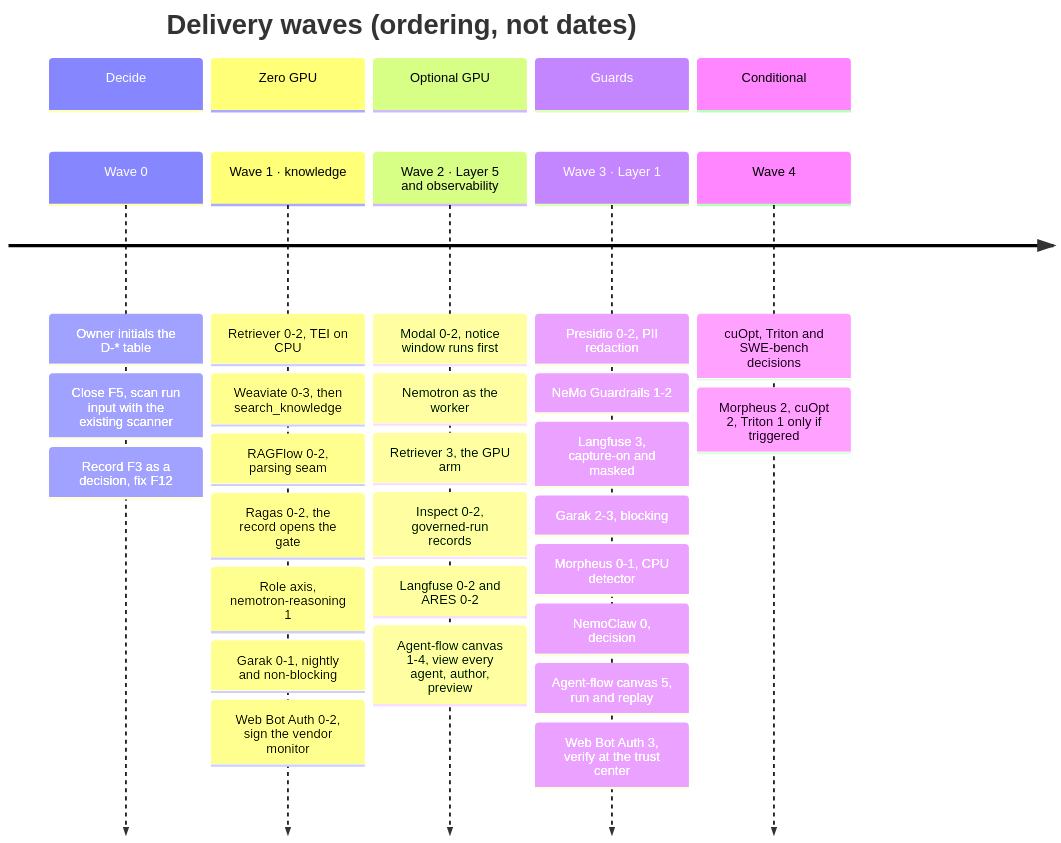
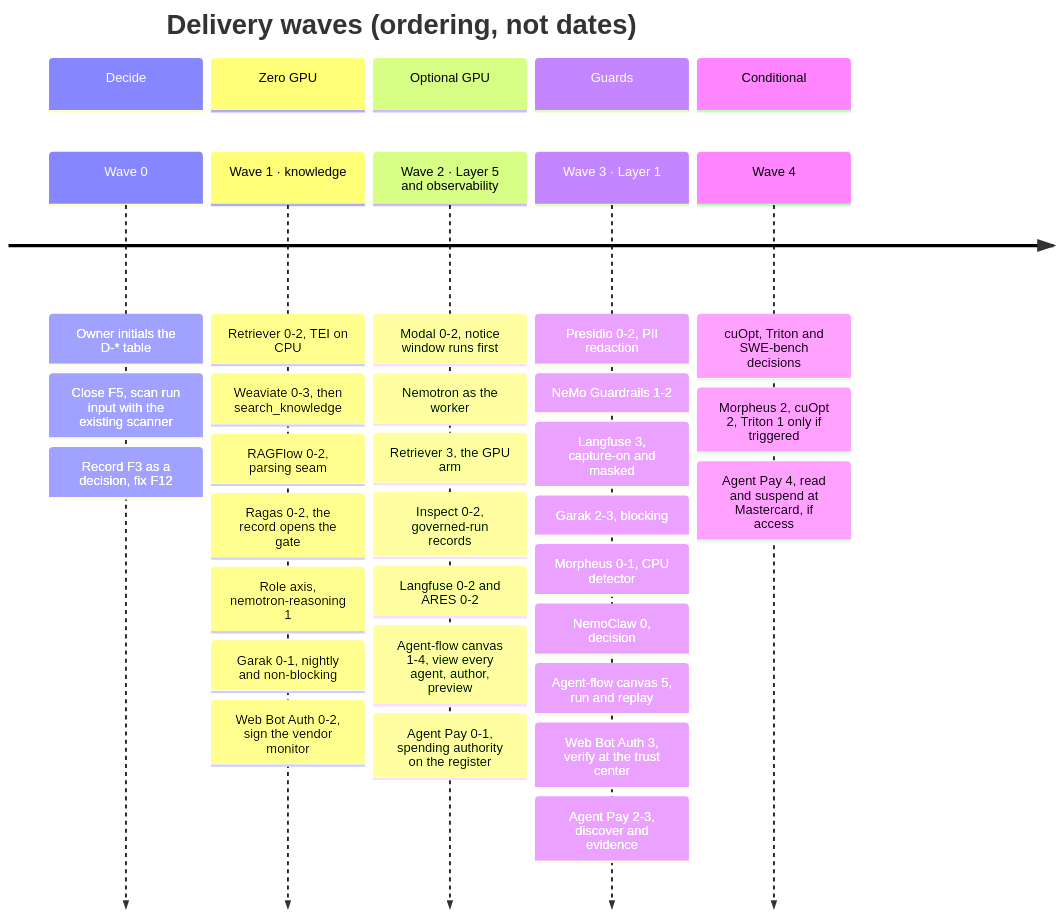
One commit to RodnaPamet/inflect-compliance changed the third of 5 diagrams in docs/ai-architecture-roadmap.md. Above: the diagram before and after it, drawn with Mermaid. The commit also changed other lines of this file and 4 other files, not shown here.

````diff
--- a/docs/ai-architecture-roadmap.md
+++ b/docs/ai-architecture-roadmap.md
@@ -439,35 +449,38 @@
 ```mermaid
 timeline
   title Delivery waves (ordering, not dates)
   section Decide
     Wave 0 : Owner initials the D-* table
            : Close F5, scan run input with the existing scanner
            : Record F3 as a decision, fix F12
   section Zero GPU
     Wave 1 · knowledge : Retriever 0-2, TEI on CPU
                        : Weaviate 0-3, then search_knowledge
                        : RAGFlow 0-2, parsing seam
                        : Ragas 0-2, the record opens the gate
                        : Role axis, nemotron-reasoning 1
                        : Garak 0-1, nightly and non-blocking
                        : Web Bot Auth 0-2, sign the vendor monitor
   section Optional GPU
     Wave 2 · Layer 5 and observability : Modal 0-2, notice window runs first
                                        : Nemotron as the worker
                                        : Retriever 3, the GPU arm
                                        : Inspect 0-2, governed-run records
                                        : Langfuse 0-2 and ARES 0-2
                                        : Agent-flow canvas 1-4, view every agent, author, preview
+                                       : Agent Pay 0-1, spending authority on the register
   section Guards
     Wave 3 · Layer 1 : Presidio 0-2, PII redaction
                      : NeMo Guardrails 1-2
                      : Langfuse 3, capture-on and masked
                      : Garak 2-3, blocking
                      : Morpheus 0-1, CPU detector
                      : NemoClaw 0, decision
                      : Agent-flow canvas 5, run and replay
                      : Web Bot Auth 3, verify at the trust center
+                     : Agent Pay 2-3, discover and evidence
   section Conditional
     Wave 4 : cuOpt, Triton and SWE-bench decisions
            : Morpheus 2, cuOpt 2, Triton 1 only if triggered
+           : Agent Pay 4, read and suspend at Mastercard, if access
 ```
````
